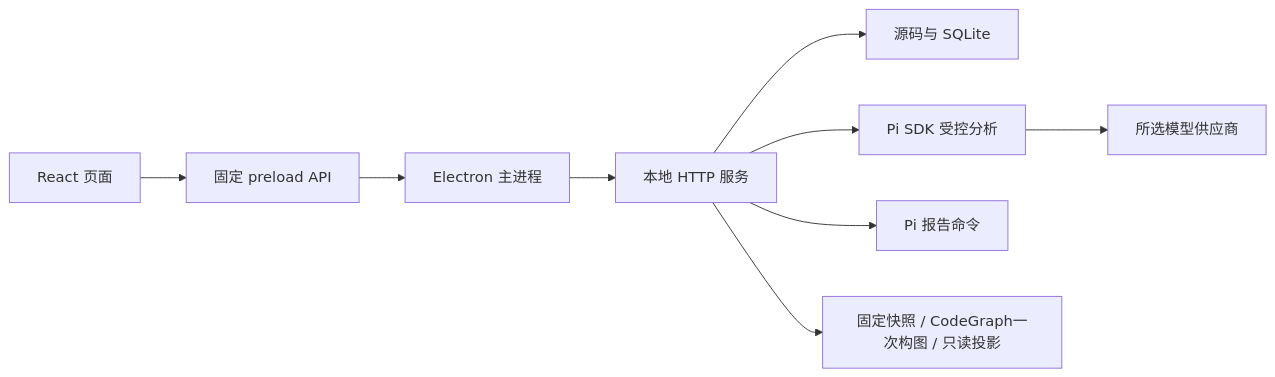
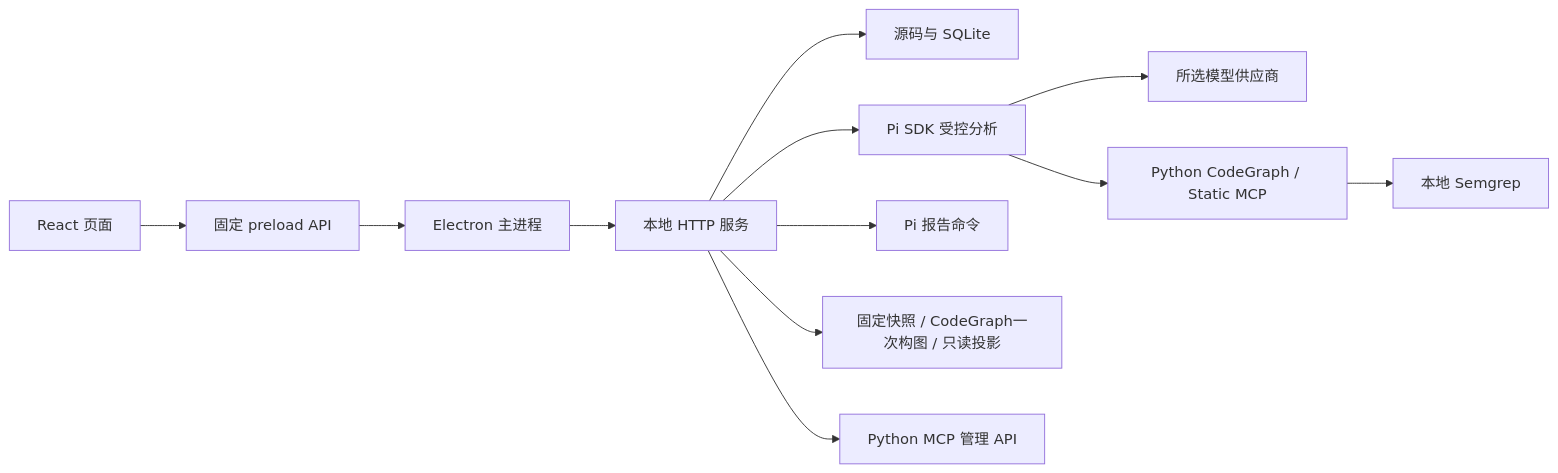
The diagram in docs/technical/01.项目架构与运行.md (YoungsGao/pi-audit-harness), drawn with Mermaid before and after one commit. The commit also changed other lines of this file and 306 other files, not shown here.

First line of the commit message:
feat: add Python MCP management and evidence-driven evaluations

````diff
--- a/docs/technical/01.项目架构与运行.md
+++ b/docs/technical/01.项目架构与运行.md
@@ -15,11 +15,14 @@
 ```mermaid
 flowchart LR
   R[React 页面] --> P[固定 preload API]
   P --> M[Electron 主进程]
   M --> H[本地 HTTP 服务]
   H --> S[源码与 SQLite]
   H --> A[Pi SDK 受控分析]
   A --> V[所选模型供应商]
   H --> T[Pi 报告命令]
   H --> J[固定快照 / CodeGraph一次构图 / 只读投影]
+  H --> PY[Python MCP 管理 API]
+  A --> MCP[Python CodeGraph / Static MCP]
+  MCP --> SCAN[本地 Semgrep]
 ```
````
